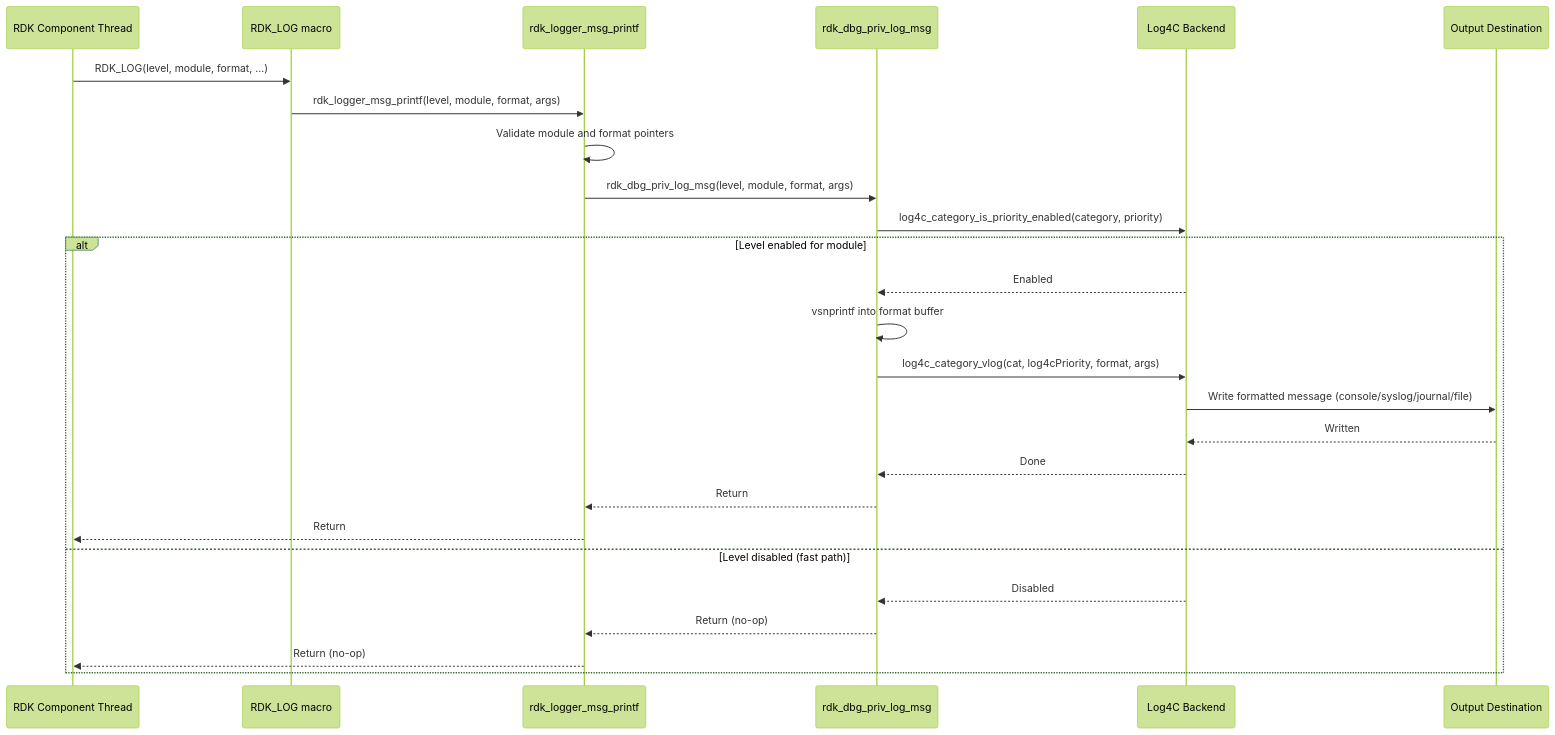
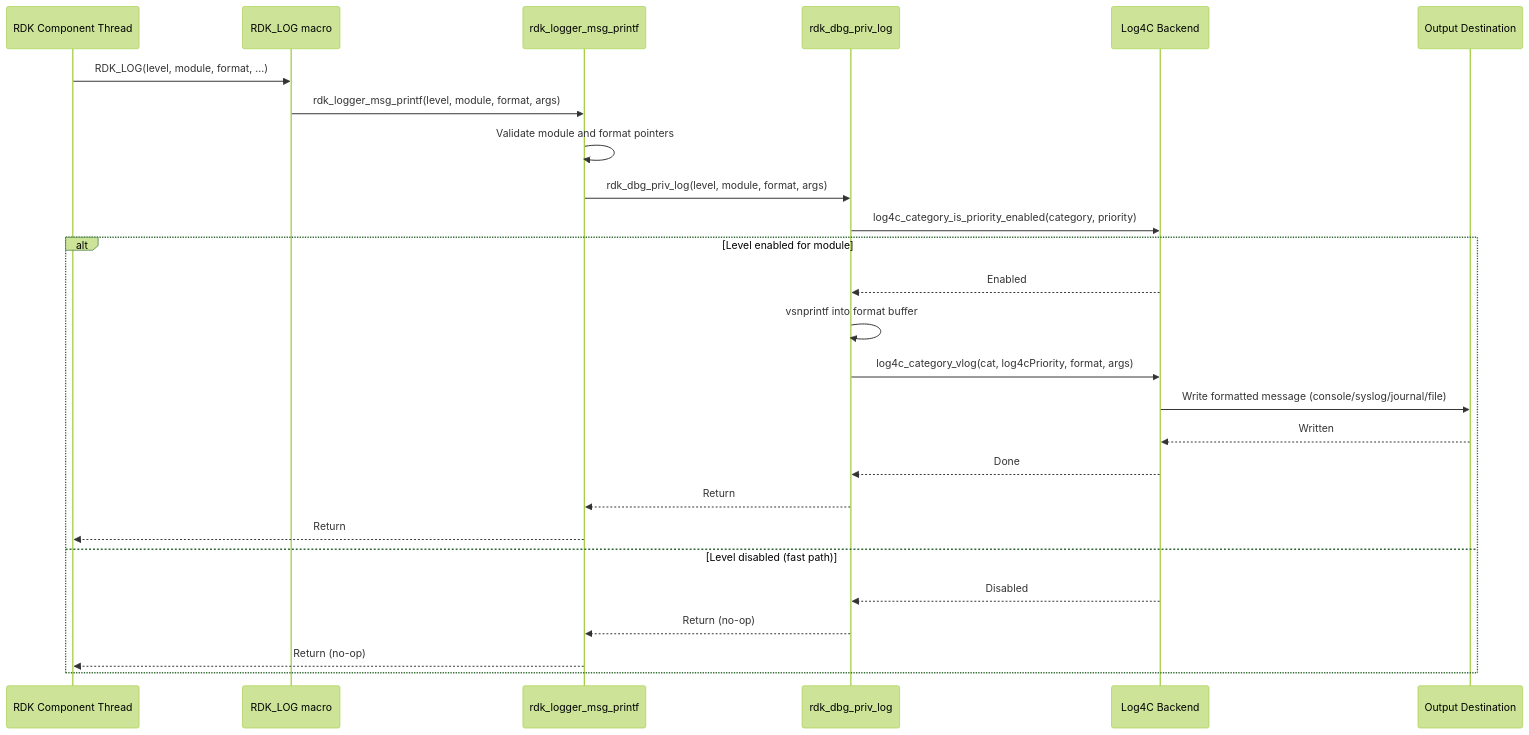
Before and after one commit to rdkcentral/rdk_logger: the fifth of 8 diagrams in docs/README.md, drawn with Mermaid (forest theme). The commit also changed other lines of this file and 12 other files, not shown here.

````diff
--- a/docs/README.md
+++ b/docs/README.md
@@ -239,29 +239,29 @@
 ```mermaid
 sequenceDiagram
     participant Client as RDK Component Thread
     participant Macro as RDK_LOG macro
     participant MsgPrintf as rdk_logger_msg_printf
-    participant PrivLog as rdk_dbg_priv_log_msg
+    participant PrivLog as rdk_dbg_priv_log
     participant Log4C as Log4C Backend
     participant Output as Output Destination
 
     Client->>Macro: RDK_LOG(level, module, format, ...)
     Macro->>MsgPrintf: rdk_logger_msg_printf(level, module, format, args)
     MsgPrintf->>MsgPrintf: Validate module and format pointers
-    MsgPrintf->>PrivLog: rdk_dbg_priv_log_msg(level, module, format, args)
+    MsgPrintf->>PrivLog: rdk_dbg_priv_log(level, module, format, args)
     PrivLog->>Log4C: log4c_category_is_priority_enabled(category, priority)
     alt Level enabled for module
         Log4C-->>PrivLog: Enabled
         PrivLog->>PrivLog: vsnprintf into format buffer
         PrivLog->>Log4C: log4c_category_vlog(cat, log4cPriority, format, args)
         Log4C->>Output: Write formatted message (console/syslog/journal/file)
         Output-->>Log4C: Written
         Log4C-->>PrivLog: Done
         PrivLog-->>MsgPrintf: Return
         MsgPrintf-->>Client: Return
     else Level disabled (fast path)
         Log4C-->>PrivLog: Disabled
         PrivLog-->>MsgPrintf: Return (no-op)
         MsgPrintf-->>Client: Return (no-op)
     end
 ```
````
